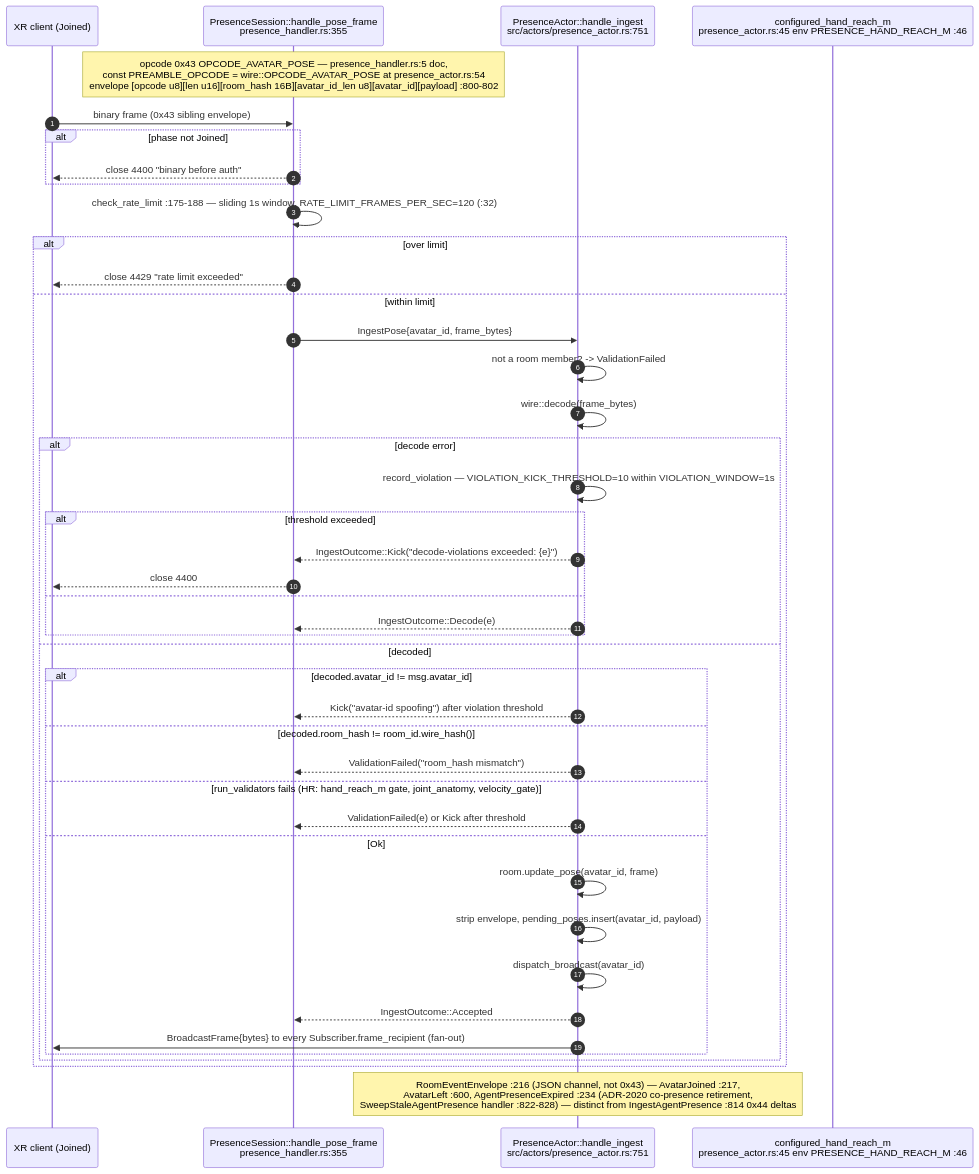
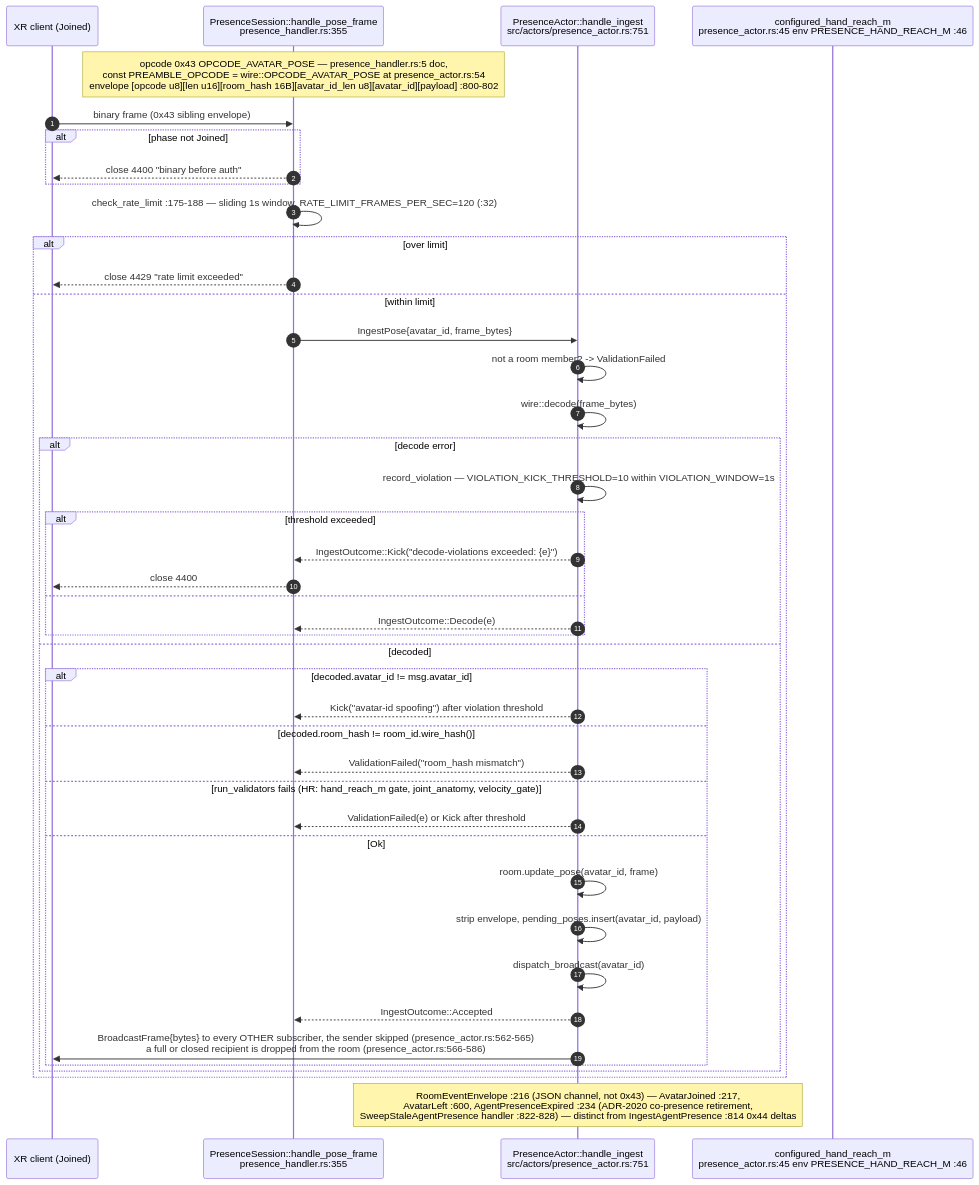
One commit to DreamLab-AI/VisionFlow changed the fourth of 15 diagrams in docs/diagrams/visionclaw/05-handlers-governance-and-identity.md. Above: the diagram before and after it, drawn with Mermaid. The commit also changed other lines of this file and 173 other files, not shown here.

````diff
--- a/docs/diagrams/visionclaw/05-handlers-governance-and-identity.md
+++ b/docs/diagrams/visionclaw/05-handlers-governance-and-identity.md
@@ -240,46 +246,46 @@
 ```mermaid
 sequenceDiagram
     autonumber
     participant C as XR client (Joined)
     participant WS as PresenceSession::handle_pose_frame<br/>presence_handler.rs:355
     participant PA as PresenceActor::handle_ingest<br/>src/actors/presence_actor.rs:751
     participant HR as configured_hand_reach_m<br/>presence_actor.rs:45 env PRESENCE_HAND_REACH_M :46
 
     Note over WS: opcode 0x43 OPCODE_AVATAR_POSE — presence_handler.rs:5 doc,<br/>const PREAMBLE_OPCODE = wire::OPCODE_AVATAR_POSE at presence_actor.rs:54<br/>envelope [opcode u8][len u16][room_hash 16B][avatar_id_len u8][avatar_id][payload] :800-802
     C->>WS: binary frame (0x43 sibling envelope)
     alt phase not Joined
         WS-->>C: close 4400 "binary before auth"
     end
     WS->>WS: check_rate_limit :175-188 — sliding 1s window, RATE_LIMIT_FRAMES_PER_SEC=120 (:32)
     alt over limit
         WS-->>C: close 4429 "rate limit exceeded"
     else within limit
         WS->>PA: IngestPose{avatar_id, frame_bytes}
         PA->>PA: not a room member? -> ValidationFailed
         PA->>PA: wire::decode(frame_bytes)
         alt decode error
             PA->>PA: record_violation — VIOLATION_KICK_THRESHOLD=10 within VIOLATION_WINDOW=1s
             alt threshold exceeded
                 PA-->>WS: IngestOutcome::Kick("decode-violations exceeded: {e}")
                 WS-->>C: close 4400
             else
                 PA-->>WS: IngestOutcome::Decode(e)
             end
         else decoded
             alt decoded.avatar_id != msg.avatar_id
                 PA-->>WS: Kick("avatar-id spoofing") after violation threshold
             else decoded.room_hash != room_id.wire_hash()
                 PA-->>WS: ValidationFailed("room_hash mismatch")
             else run_validators fails (HR: hand_reach_m gate, joint_anatomy, velocity_gate)
                 PA-->>WS: ValidationFailed(e) or Kick after threshold
             else Ok
                 PA->>PA: room.update_pose(avatar_id, frame)
                 PA->>PA: strip envelope, pending_poses.insert(avatar_id, payload)
                 PA->>PA: dispatch_broadcast(avatar_id)
                 PA-->>WS: IngestOutcome::Accepted
-                PA->>C: BroadcastFrame{bytes} to every Subscriber.frame_recipient (fan-out)
+                PA->>C: BroadcastFrame{bytes} to every OTHER subscriber, the sender skipped (presence_actor.rs:562-565)<br/>a full or closed recipient is dropped from the room (presence_actor.rs:566-586)
             end
         end
     end
     Note over PA: RoomEventEnvelope :216 (JSON channel, not 0x43) — AvatarJoined :217,<br/>AvatarLeft :600, AgentPresenceExpired :234 (ADR-2020 co-presence retirement,<br/>SweepStaleAgentPresence handler :822-828) — distinct from IngestAgentPresence :814 0x44 deltas
 ```
````
